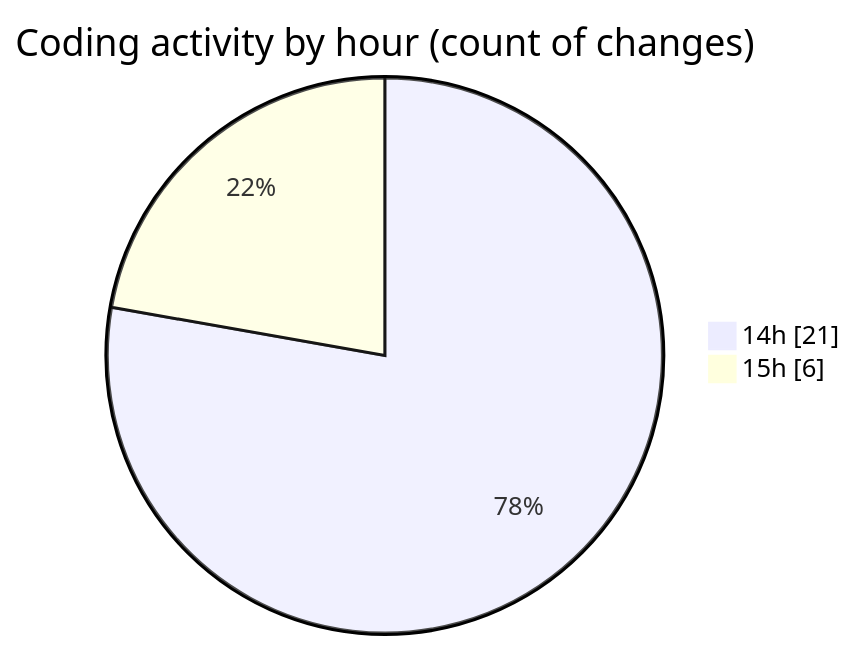
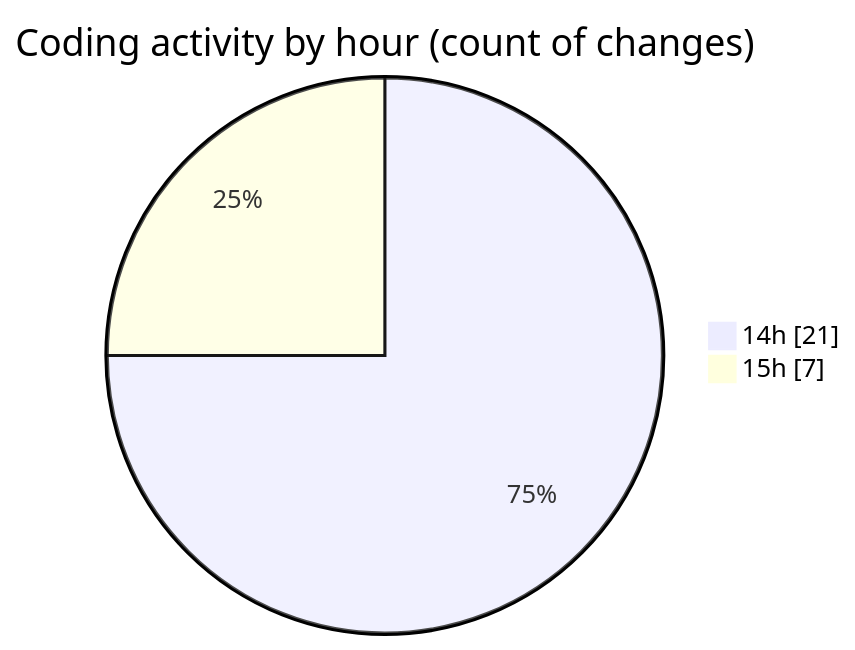
The second of 2 diagrams in 2025-01-25/samplepdf/README.md (momahboobian/code-tracking), drawn with Mermaid before and after one commit. The commit also changed other lines of this file and 1 other file, not shown here.

````diff
--- a/2025-01-25/samplepdf/README.md
+++ b/2025-01-25/samplepdf/README.md
@@ -34,6 +35,6 @@
 ```mermaid
 pie showData
 title Coding activity by hour (count of changes)
 "14h" : 21
-"15h" : 6
+"15h" : 7
 ```
````
